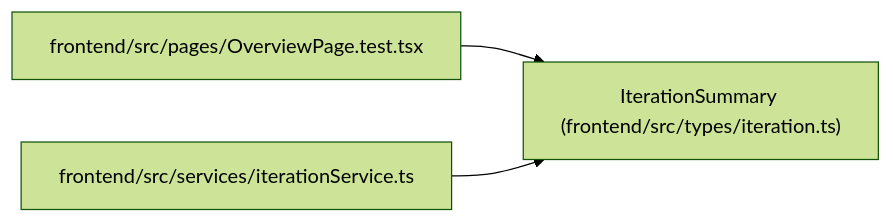
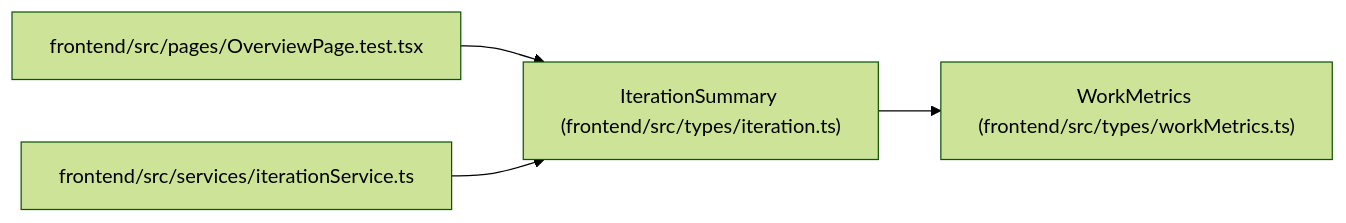
The diagram in docs/llm_wiki/entities/types_iteration_IterationSummary.md (Denissvgn/WorkChord), drawn with Mermaid (forest theme) before and after one commit. The commit also changed other lines of this file and 958 other files, not shown here.

First line of the commit message:
docs(wiki): refresh identity and recovery architecture

````diff
--- a/docs/llm_wiki/entities/types_iteration_IterationSummary.md
+++ b/docs/llm_wiki/entities/types_iteration_IterationSummary.md
@@ -36,11 +36,14 @@
 ```mermaid
 flowchart LR
     n0["IterationSummary (frontend/src/types/iteration.ts)"]
-    n1["frontend/src/pages/OverviewPage.test.tsx"]
-    n2["frontend/src/services/iterationService.ts"]
-    n1 --> n0
+    n1["WorkMetrics (frontend/src/types/workMetrics.ts)"]
+    n2["frontend/src/pages/OverviewPage.test.tsx"]
+    n3["frontend/src/services/iterationService.ts"]
+    n0 --> n1
     n2 --> n0
+    n3 --> n0
     click n0 "../modules/types_iteration.md"
-    click n1 "../modules/OverviewPage.test.md"
-    click n2 "../modules/iterationService.md"
+    click n1 "../modules/workMetrics.md"
+    click n2 "../modules/OverviewPage.test.md"
+    click n3 "../modules/iterationService.md"
 ```
````
